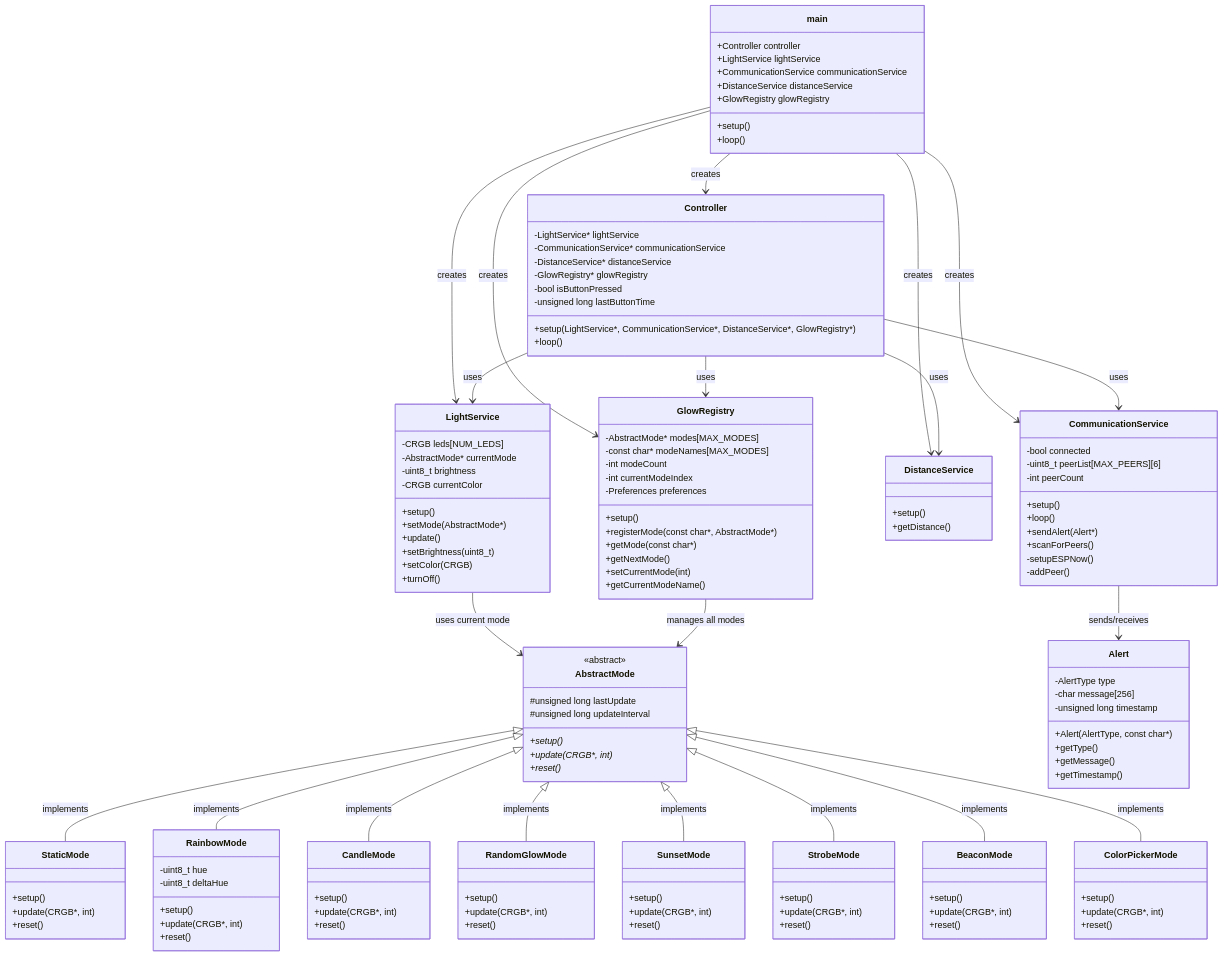
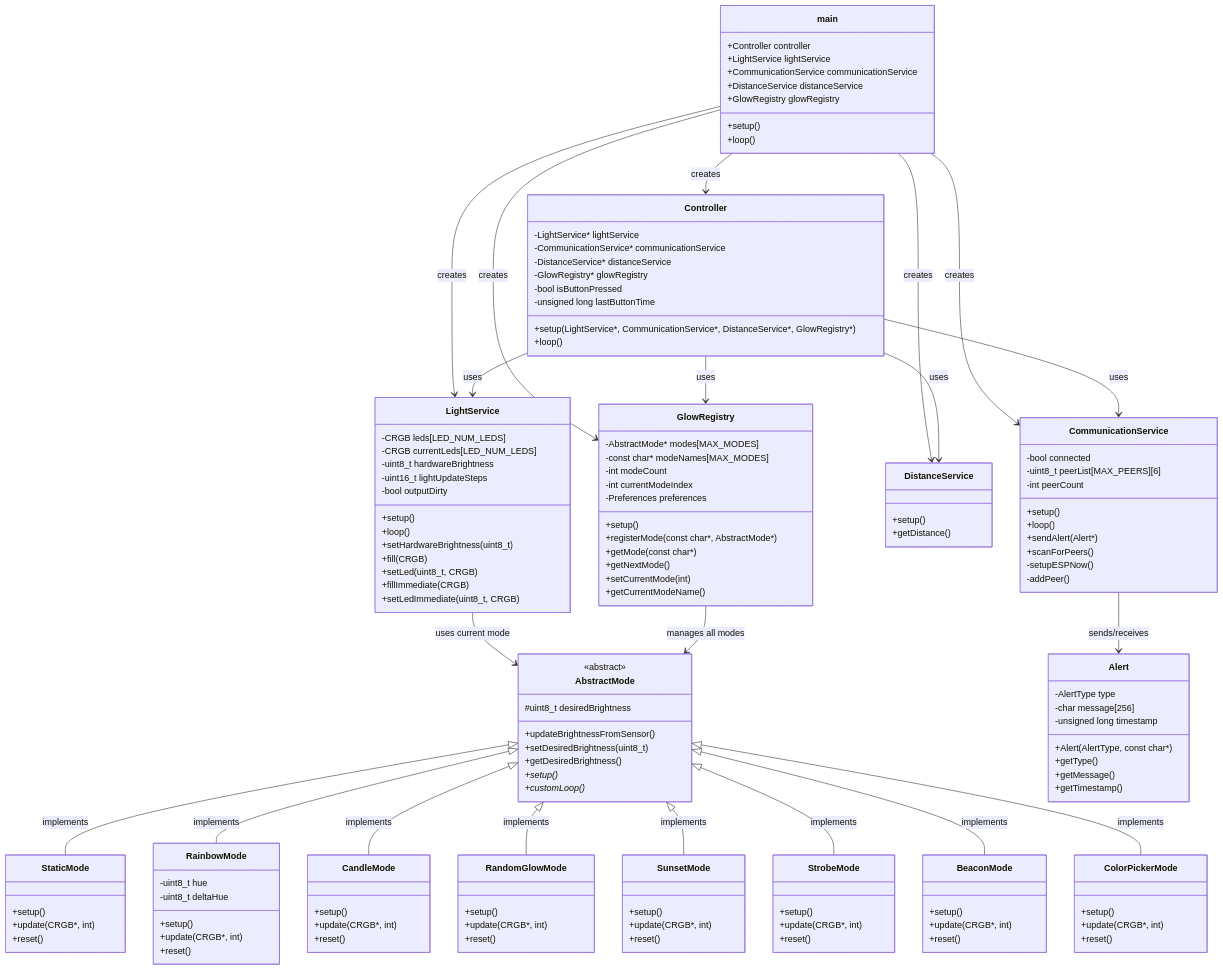
Before and after one commit to Friedjof/GlowLight: the first of 6 diagrams in docs/diagrams.md, drawn with Mermaid. The commit also changed 54 other files, not shown here.

```diff
--- a/docs/diagrams.md
+++ b/docs/diagrams.md
@@ -44,16 +44,18 @@
 
     %% Services
     class LightService {
-        -CRGB leds[NUM_LEDS]
-        -AbstractMode* currentMode
-        -uint8_t brightness
-        -CRGB currentColor
+        -CRGB leds[LED_NUM_LEDS]
+        -CRGB currentLeds[LED_NUM_LEDS]
+        -uint8_t hardwareBrightness
+        -uint16_t lightUpdateSteps
+        -bool outputDirty
         +setup()
-        +setMode(AbstractMode*)
-        +update()
-        +setBrightness(uint8_t)
-        +setColor(CRGB)
-        +turnOff()
+        +loop()
+        +setHardwareBrightness(uint8_t)
+        +fill(CRGB)
+        +setLed(uint8_t, CRGB)
+        +fillImmediate(CRGB)
+        +setLedImmediate(uint8_t, CRGB)
     }
 
     class CommunicationService {
@@ -90,11 +92,12 @@
     %% Abstract Mode Interface
     class AbstractMode {
         <<abstract>>
-        #unsigned long lastUpdate
-        #unsigned long updateInterval
-        +setup()* 
-        +update(CRGB*, int)* 
-        +reset()* 
+        #uint8_t desiredBrightness
+        +updateBrightnessFromSensor()
+        +setDesiredBrightness(uint8_t)
+        +getDesiredBrightness()
+        +setup()*
+        +customLoop()*
     }
 
     %% Concrete Mode Implementations
```
